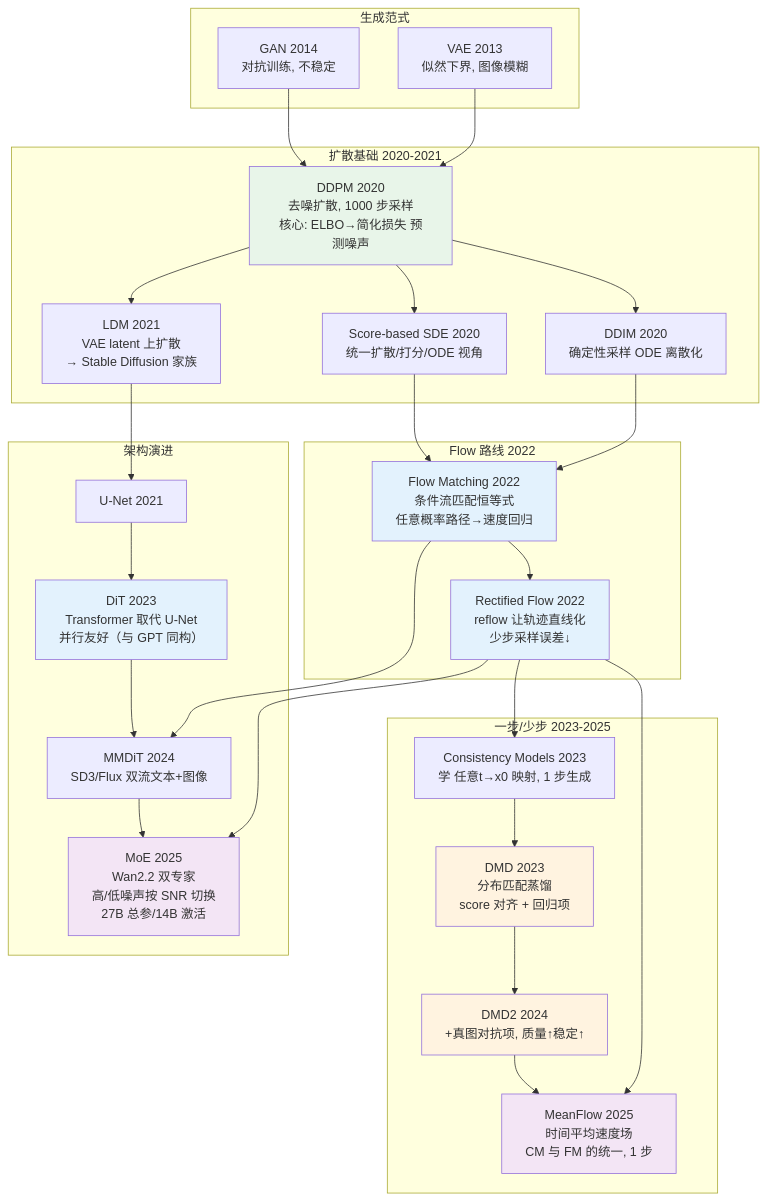
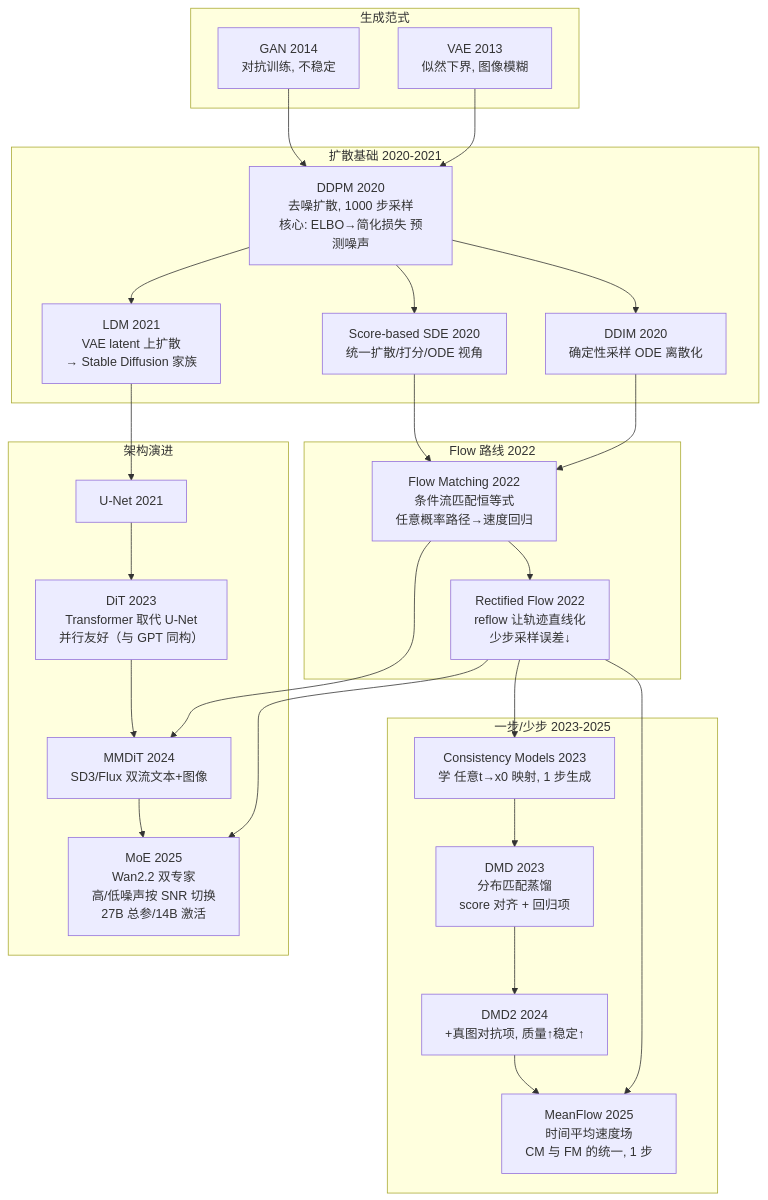
Before and after one commit to Zhang-Wen-chao/mini-diffusion: the first of 2 diagrams in docs/evolution.md, drawn with Mermaid. The commit also changed other lines of this file, not shown here.

Commit message:
docs: evolution.md mermaid 图去颜色、项目演进图改竖向

````diff
--- a/docs/evolution.md
+++ b/docs/evolution.md
@@ -10,62 +10,53 @@
 ```mermaid
 flowchart TD
     subgraph 生成范式
         GAN[GAN 2014<br/>对抗训练, 不稳定]
         VAE[VAE 2013<br/>似然下界, 图像模糊]
     end
 
     subgraph 扩散基础 2020-2021
         DDPM[DDPM 2020<br/>去噪扩散, 1000 步采样<br/>核心: ELBO→简化损失 预测噪声]
         SDE[Score-based SDE 2020<br/>统一扩散/打分/ODE 视角]
         DDIM[DDIM 2020<br/>确定性采样 ODE 离散化]
         LDM[LDM 2021<br/>VAE latent 上扩散<br/>→ Stable Diffusion 家族]
     end
 
     subgraph Flow 路线 2022
         FM[Flow Matching 2022<br/>条件流匹配恒等式<br/>任意概率路径→速度回归]
         RF[Rectified Flow 2022<br/>reflow 让轨迹直线化<br/>少步采样误差↓]
     end
 
     subgraph 一步/少步 2023-2025
         CM[Consistency Models 2023<br/>学 任意t→x0 映射, 1 步生成]
         DMD[DMD 2023<br/>分布匹配蒸馏<br/>score 对齐 + 回归项]
         DMD2[DMD2 2024<br/>+真图对抗项, 质量↑稳定↑]
         MF[MeanFlow 2025<br/>时间平均速度场<br/>CM 与 FM 的统一, 1 步]
     end
 
     subgraph 架构演进
         UNET[U-Net 2021]
         DIT[DiT 2023<br/>Transformer 取代 U-Net<br/>并行友好（与 GPT 同构）]
         MMDIT[MMDiT 2024<br/>SD3/Flux 双流文本+图像]
         MOE[MoE 2025<br/>Wan2.2 双专家<br/>高/低噪声按 SNR 切换<br/>27B 总参/14B 激活]
     end
 
     GAN --> DDPM
     VAE --> DDPM
     DDPM --> SDE
     DDPM --> DDIM
     DDPM --> LDM
     SDE --> FM
     DDIM --> FM
     FM --> RF
     RF --> CM
     CM --> DMD
     DMD --> DMD2
     DMD2 --> MF
     RF --> MF
     LDM --> UNET
     UNET --> DIT
     DIT --> MMDIT
     MMDIT --> MOE
     FM --> MMDIT
     RF --> MOE
-
-    style DDPM fill:#e8f5e9
-    style FM fill:#e3f2fd
-    style RF fill:#e3f2fd
-    style DMD fill:#fff3e0
-    style DMD2 fill:#fff3e0
-    style MF fill:#f3e5f5
-    style DIT fill:#e3f2fd
-    style MOE fill:#f3e5f5
 ```
````
